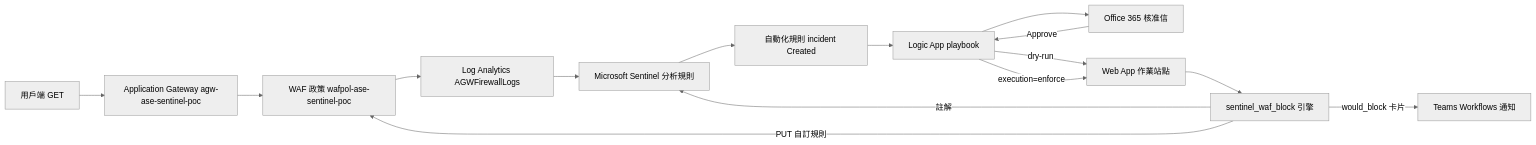
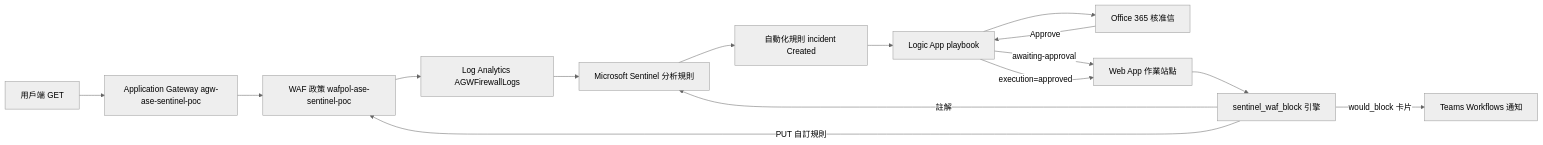
Before and after one commit to chw2054/ase-sentinel-poc: the first of 2 diagrams in docs/ase/ASE-Sentinel-System-Design-Specification.md, drawn with Mermaid (neutral theme). The commit also changed other lines of this file and 2 other files, not shown here.

````diff
--- a/docs/ase/ASE-Sentinel-System-Design-Specification.md
+++ b/docs/ase/ASE-Sentinel-System-Design-Specification.md
@@ -110,23 +110,23 @@
 ```mermaid
 flowchart LR
   client[用戶端 GET]
   agw[Application Gateway agw-ase-sentinel-poc]
   waf[WAF 政策 wafpol-ase-sentinel-poc]
   law[Log Analytics AGWFirewallLogs]
   sen[Microsoft Sentinel 分析規則]
   auto[自動化規則 incident Created]
   la[Logic App playbook]
   mail[Office 365 核准信]
   app[Web App 作業站點]
   eng[sentinel_waf_block 引擎]
   teams[Teams Workflows 通知]
   client --> agw --> waf
   waf --> law --> sen --> auto --> la
-  la -->|dry-run| app --> eng
+  la -->|awaiting-approval| app --> eng
   eng -->|註解| sen
   eng -->|would_block 卡片| teams
   la --> mail
   mail -->|Approve| la
-  la -->|execution=enforce| app
+  la -->|execution=approved| app
   eng -->|PUT 自訂規則| waf
 ```
````
